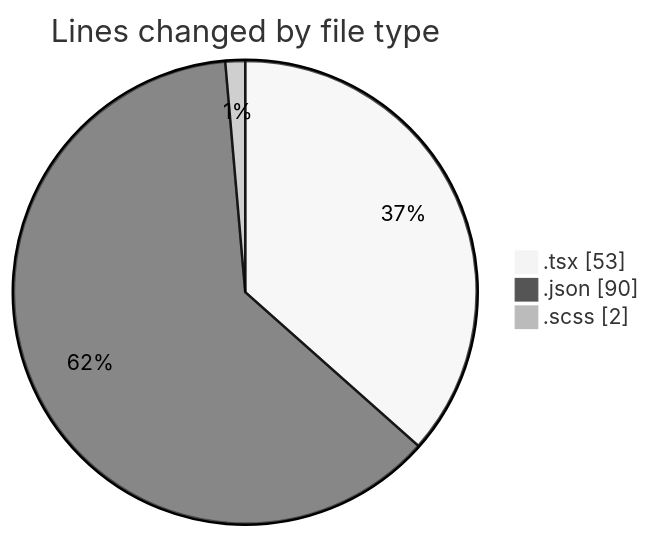
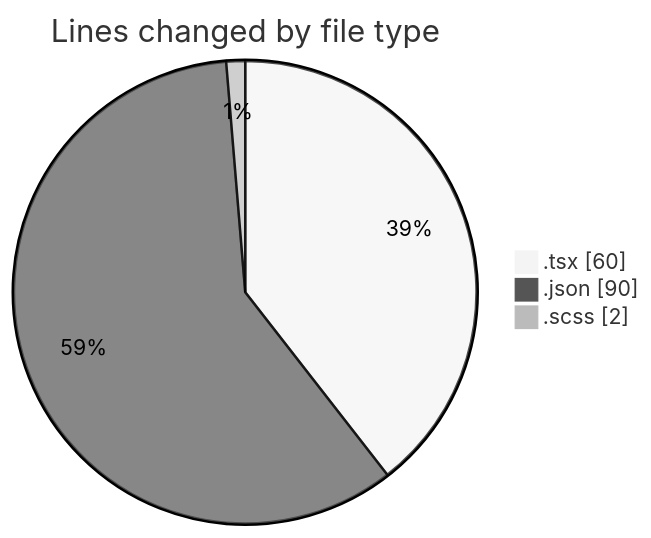
Before and after one commit to momahboobian/code-tracking: the first of 2 diagrams in 2026-05-13/cda/README.md, drawn with Mermaid (neutral theme). The commit also changed other lines of this file and 1 other file, not shown here.

````diff
--- a/2026-05-13/cda/README.md
+++ b/2026-05-13/cda/README.md
@@ -22,7 +23,7 @@
 ```mermaid
 pie showData
 title Lines changed by file type
-".tsx" : 53
+".tsx" : 60
 ".json" : 90
 ".scss" : 2
 ```
````
